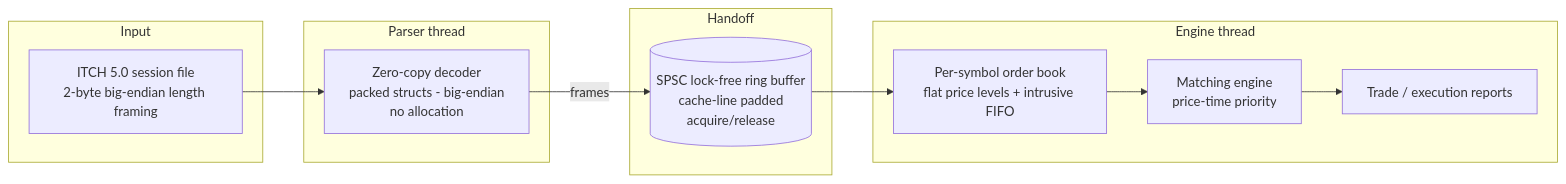
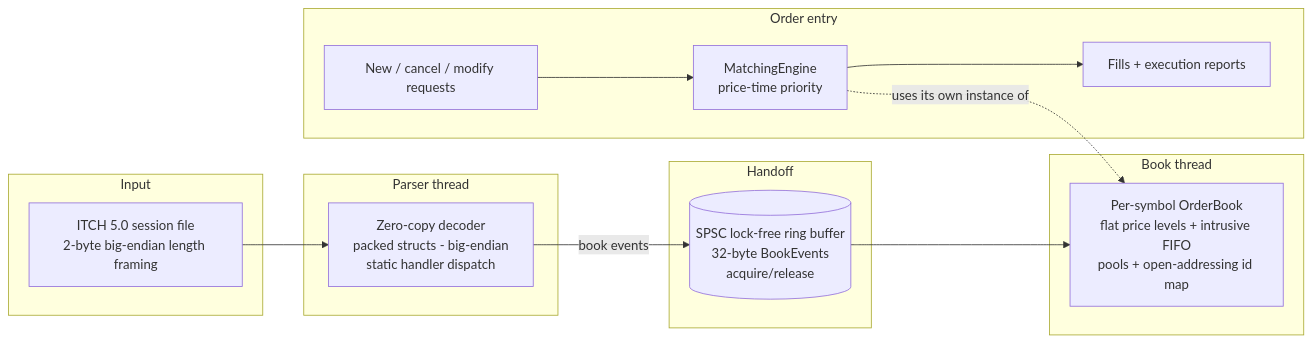
The diagram in README.md (yadavchandan84/matchcore-engine), drawn with Mermaid before and after one commit. The commit also changed other lines of this file, not shown here.

Commit message:
docs: refresh README for v1.0.0 (quick start, accurate claims, architecture)

````diff
--- a/README.md
+++ b/README.md
@@ -56,22 +58,28 @@
 ```mermaid
 flowchart LR
     subgraph input [Input]
         F[ITCH 5.0 session file<br/>2-byte big-endian length framing]
     end
 
     subgraph parser [Parser thread]
-        P[Zero-copy decoder<br/>packed structs - big-endian<br/>no allocation]
+        P[Zero-copy decoder<br/>packed structs - big-endian<br/>static handler dispatch]
     end
 
     subgraph queue [Handoff]
-        R[(SPSC lock-free ring buffer<br/>cache-line padded<br/>acquire/release)]
+        R[(SPSC lock-free ring buffer<br/>32-byte BookEvents<br/>acquire/release)]
     end
 
-    subgraph engine [Engine thread]
-        B[Per-symbol order book<br/>flat price levels + intrusive FIFO]
-        M[Matching engine<br/>price-time priority]
-        O[Trade / execution reports]
+    subgraph engine [Book thread]
+        B[Per-symbol OrderBook<br/>flat price levels + intrusive FIFO<br/>pools + open-addressing id map]
     end
 
-    F --> P -->|frames| R --> B --> M --> O
+    subgraph match [Order entry]
+        N[New / cancel / modify requests]
+        M[MatchingEngine<br/>price-time priority]
+        O[Fills + execution reports]
+    end
+
+    F --> P -->|book events| R --> B
+    N --> M --> O
+    M -.->|uses its own instance of| B
 ```
````
